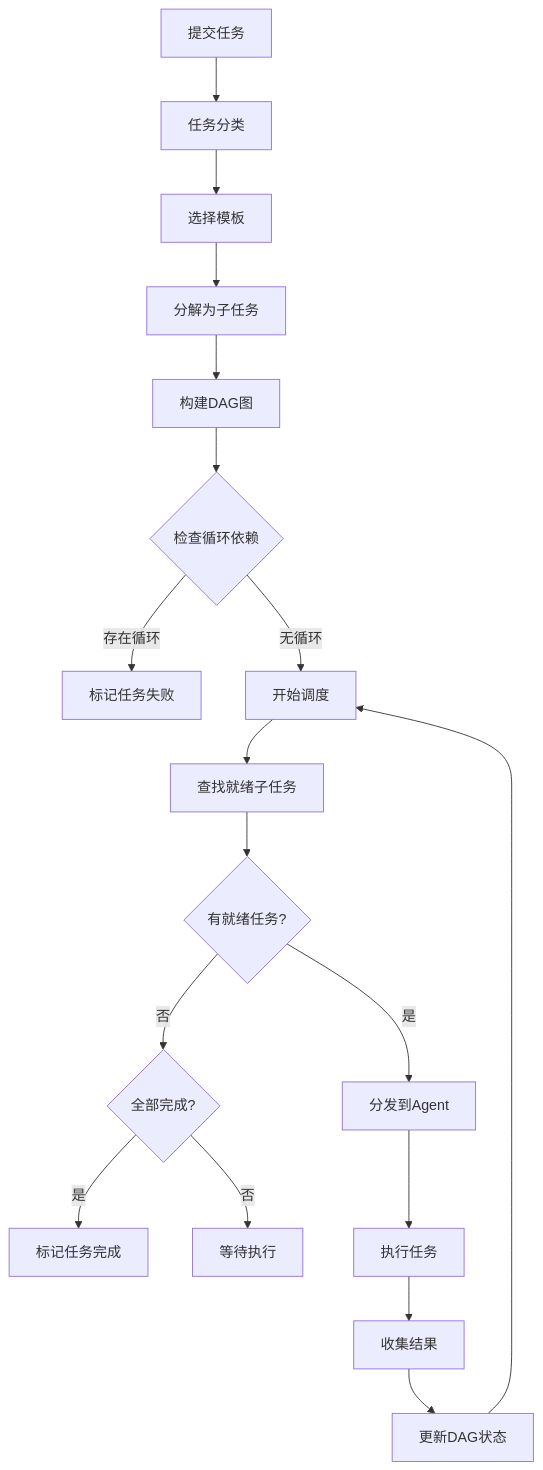
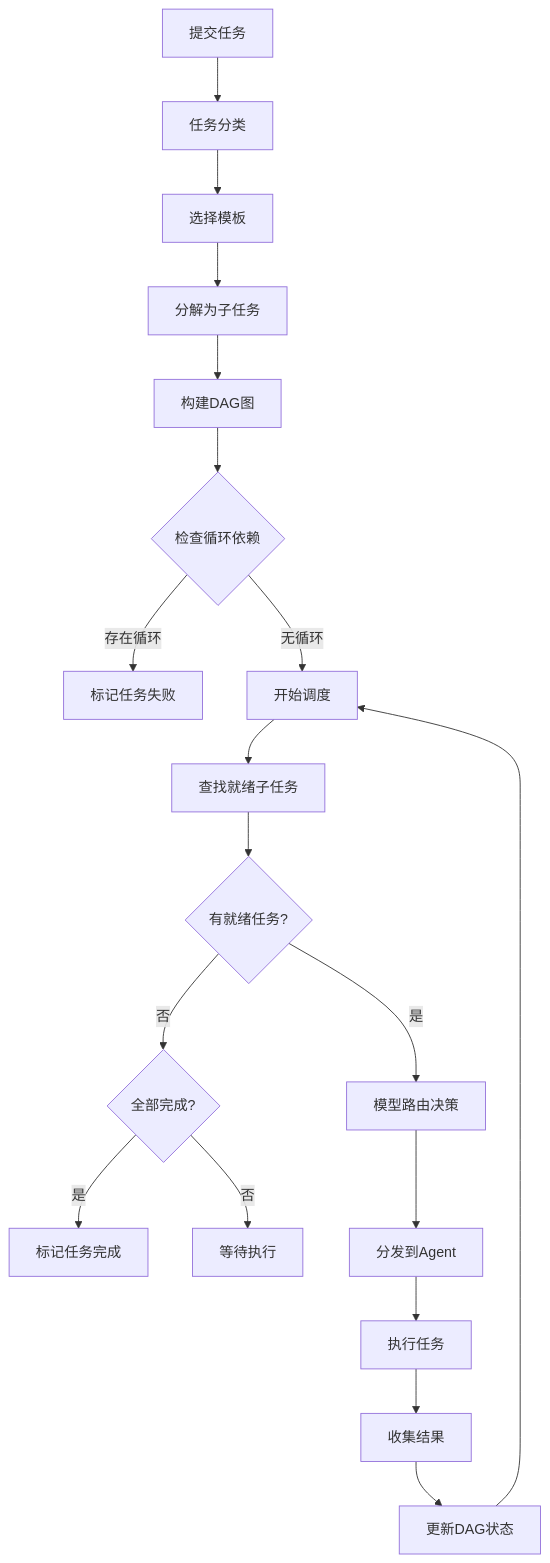
The seventh of 17 diagrams in .qoder/repowiki/zh/content/架构设计/Worker 代理/Agent 能力声明系统/Agent 运行时管理.md (targalian/Personal-distributed-workstation), drawn with Mermaid before and after one commit. The commit also changed other lines of this file and 64 other files, not shown here.

````diff
--- a/.qoder/repowiki/zh/content/架构设计/Worker 代理/Agent 能力声明系统/Agent 运行时管理.md
+++ b/.qoder/repowiki/zh/content/架构设计/Worker 代理/Agent 能力声明系统/Agent 运行时管理.md
@@ -292,20 +323,21 @@
 ```mermaid
 flowchart TD
 Submit[提交任务] --> Classify[任务分类]
 Classify --> Template[选择模板]
 Template --> Decompose[分解为子任务]
 Decompose --> BuildDAG[构建DAG图]
 BuildDAG --> CheckCycle{检查循环依赖}
 CheckCycle --> |存在循环| Fail[标记任务失败]
 CheckCycle --> |无循环| Schedule[开始调度]
 Schedule --> FindReady[查找就绪子任务]
 FindReady --> HasReady{有就绪任务?}
 HasReady --> |否| CompleteCheck{全部完成?}
-HasReady --> |是| Dispatch[分发到Agent]
+HasReady --> |是| RouteModel[模型路由决策]
 CompleteCheck --> |是| Complete[标记任务完成]
 CompleteCheck --> |否| Wait[等待执行]
+RouteModel --> Dispatch[分发到Agent]
 Dispatch --> Execute[执行任务]
 Execute --> Collect[收集结果]
 Collect --> UpdateDAG[更新DAG状态]
 UpdateDAG --> Schedule
 ```
````
